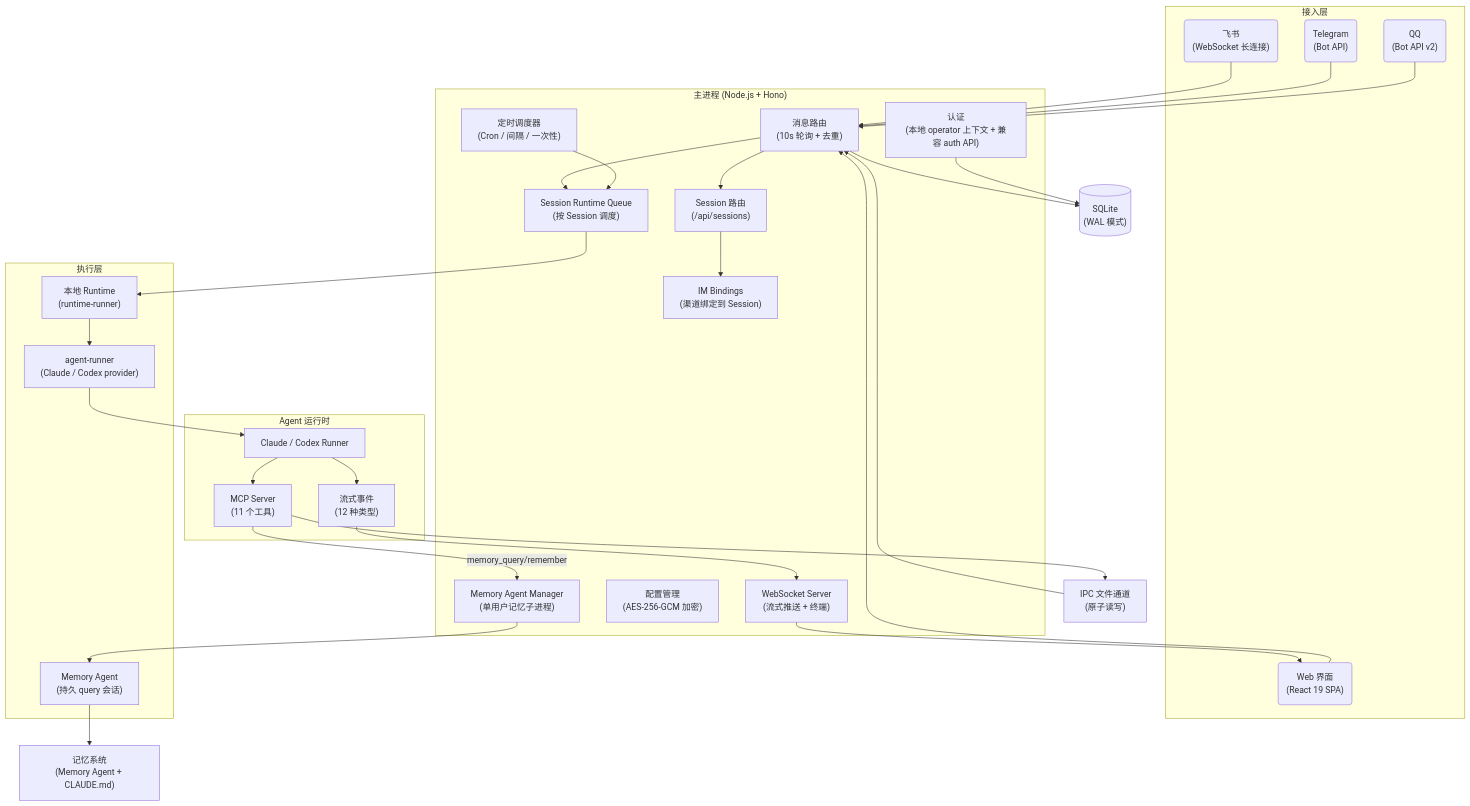
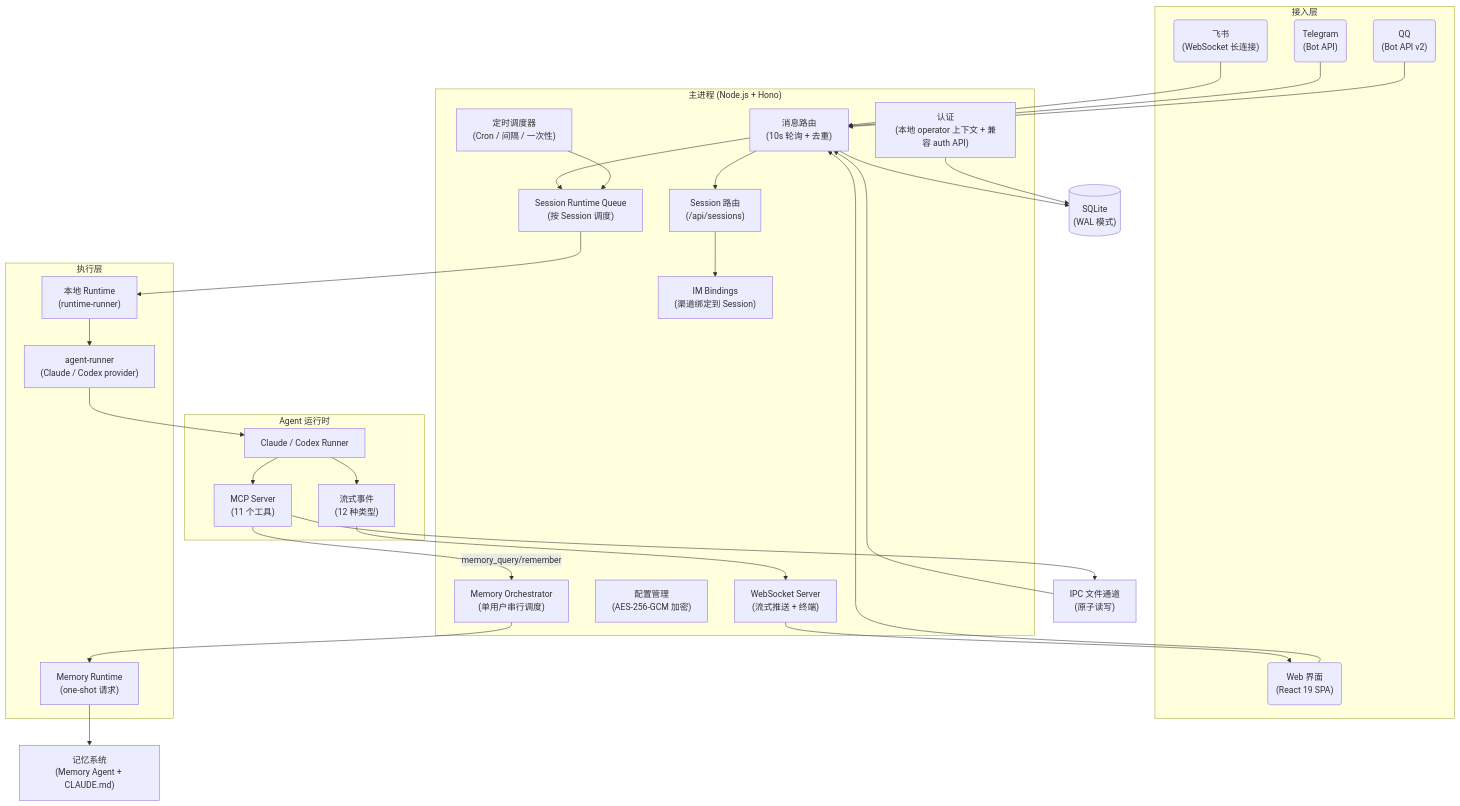
The diagram in README.md (ar8327/happyclaw), drawn with Mermaid before and after one commit. The commit also changed other lines of this file and 1 other file, not shown here.

Commit message:
文档: 同步 memory one-shot 契约

````diff
--- a/README.md
+++ b/README.md
@@ -309,74 +311,74 @@
 ```mermaid
 flowchart TD
     subgraph 接入层
         Feishu("飞书<br/>(WebSocket 长连接)")
         Telegram("Telegram<br/>(Bot API)")
         QQ("QQ<br/>(Bot API v2)")
         Web("Web 界面<br/>(React 19 SPA)")
     end
 
     subgraph 主进程["主进程 (Node.js + Hono)"]
         Router["消息路由<br/>(10s 轮询 + 去重)"]
         Sessions["Session 路由<br/>(/api/sessions)"]
         Queue["Session Runtime Queue<br/>(按 Session 调度)"]
         Scheduler["定时调度器<br/>(Cron / 间隔 / 一次性)"]
         WS["WebSocket Server<br/>(流式推送 + 终端)"]
         Auth["认证<br/>(本地 operator 上下文 + 兼容 auth API)"]
         Config["配置管理<br/>(AES-256-GCM 加密)"]
         Bindings["IM Bindings<br/>(渠道绑定到 Session)"]
-        MemMgr["Memory Agent Manager<br/>(单用户记忆子进程)"]
+        MemMgr["Memory Orchestrator<br/>(单用户串行调度)"]
     end
 
     subgraph 执行层
         Runtime["本地 Runtime<br/>(runtime-runner)"]
         AgentRunner["agent-runner<br/>(Claude / Codex provider)"]
-        MemAgent["Memory Agent<br/>(持久 query 会话)"]
+        MemAgent["Memory Runtime<br/>(one-shot 请求)"]
     end
 
     subgraph Agent["Agent 运行时"]
         Runner["Claude / Codex Runner"]
         MCP["MCP Server<br/>(11 个工具)"]
         Stream["流式事件<br/>(12 种类型)"]
     end
 
     DB[("SQLite<br/>(WAL 模式)")]
     IPC["IPC 文件通道<br/>(原子读写)"]
     Memory["记忆系统<br/>(Memory Agent + CLAUDE.md)"]
 
     Feishu --> Router
     Telegram --> Router
     QQ --> Router
     Web --> Router
 
     Router --> Sessions
     Router --> Queue
     Sessions --> Bindings
     Queue --> Runtime
     Scheduler --> Queue
 
     Runtime --> AgentRunner
     AgentRunner --> Runner
     Runner --> MCP
     Runner --> Stream
 
     MCP --> IPC
     IPC --> Router
 
     Stream --> WS
     WS --> Web
 
     MCP -->|memory_query/remember| MemMgr
     MemMgr --> MemAgent
     MemAgent --> Memory
 
     Router --> DB
     Auth --> DB
 
     class Feishu,Telegram,QQ,Web fe
     class Router,Sessions,Queue,Scheduler,WS,Auth,Config,Bindings svc
     class DB db
     class Runtime,AgentRunner,MemAgent faas
     class Runner,MCP,Stream faas
     class IPC cfg
     class Memory cfg
 ```
````
